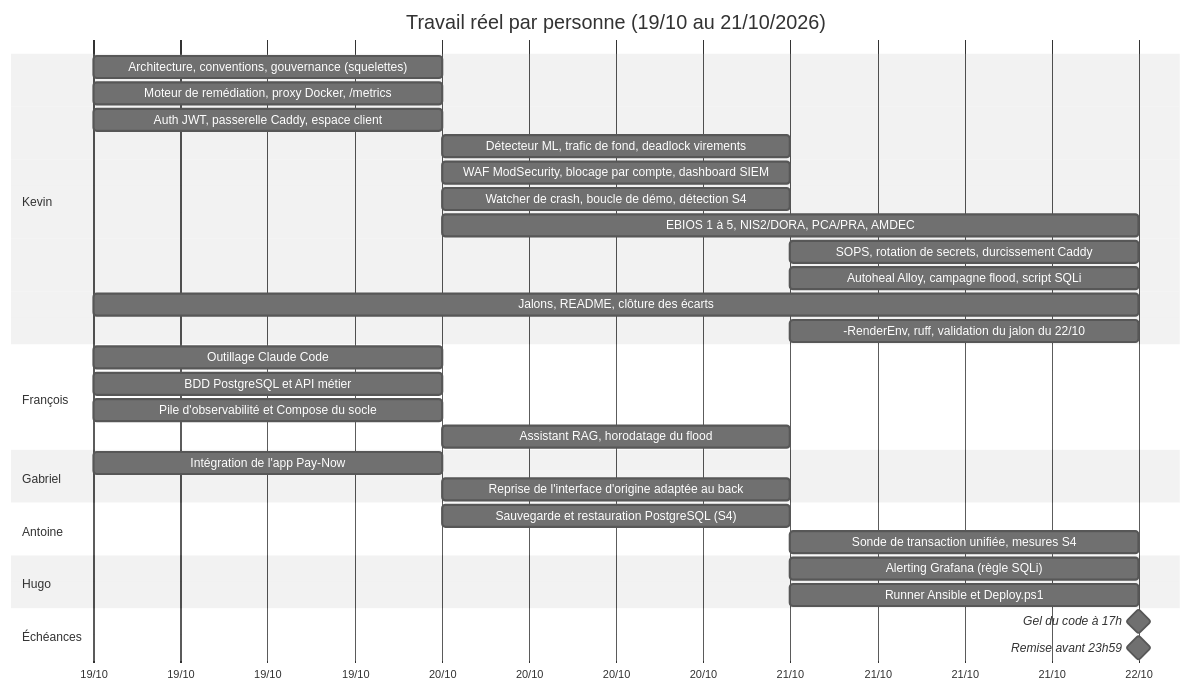
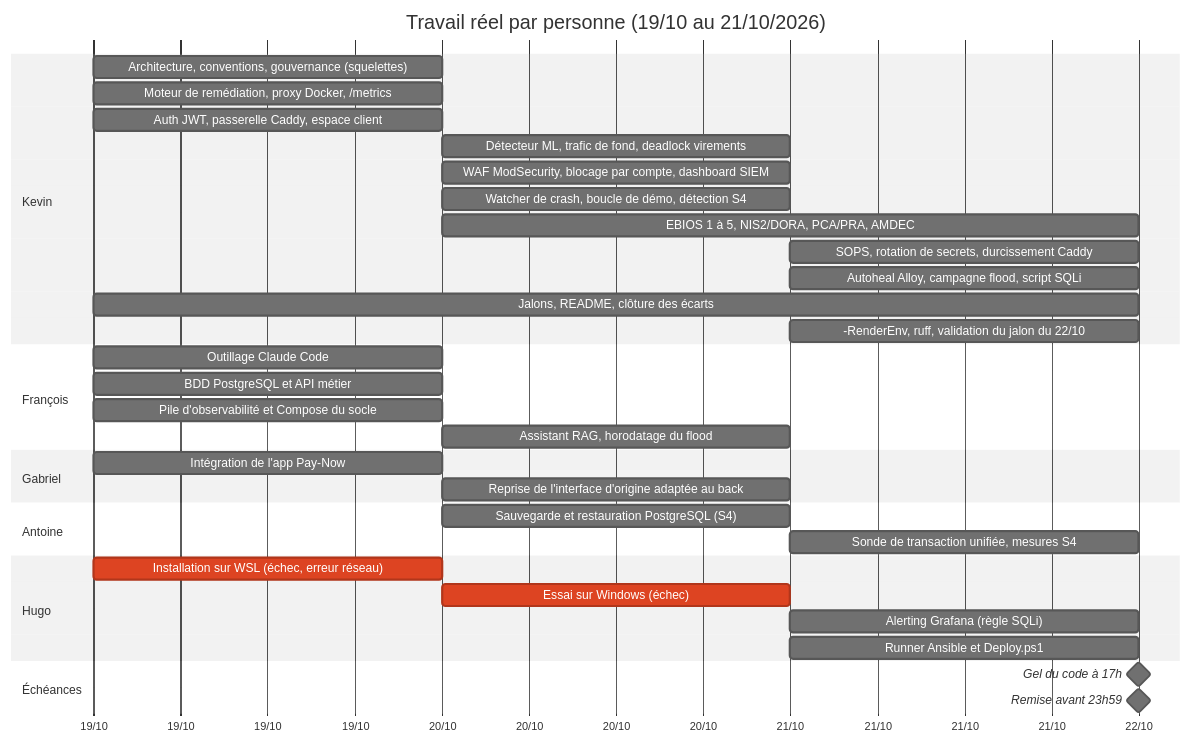
The diagram in docs/repartition-reelle.md (GabYan876/Resilience-Alpha), drawn with Mermaid (neutral theme) before and after one commit. The commit also changed other lines of this file, not shown here.

Commit message:
docs: ajouter les essais d'installation de Hugo (WSL puis Windows) à la répartition

````diff
--- a/docs/repartition-reelle.md
+++ b/docs/repartition-reelle.md
@@ -65,42 +66,44 @@
 ```mermaid
 gantt
     title Travail réel par personne (19/10 au 21/10/2026)
     dateFormat YYYY-MM-DD
     axisFormat %d/%m
     todayMarker off
 
     section Kevin
     Architecture, conventions, gouvernance (squelettes)  :k1, 2026-10-19, 1d
     Moteur de remédiation, proxy Docker, /metrics        :k2, 2026-10-19, 1d
     Auth JWT, passerelle Caddy, espace client            :k3, 2026-10-19, 1d
     Détecteur ML, trafic de fond, deadlock virements     :k4, 2026-10-20, 1d
     WAF ModSecurity, blocage par compte, dashboard SIEM  :k5, 2026-10-20, 1d
     Watcher de crash, boucle de démo, détection S4       :k6, 2026-10-20, 1d
     EBIOS 1 à 5, NIS2/DORA, PCA/PRA, AMDEC               :k7, 2026-10-20, 2d
     SOPS, rotation de secrets, durcissement Caddy        :k8, 2026-10-21, 1d
     Autoheal Alloy, campagne flood, script SQLi          :k9, 2026-10-21, 1d
     Jalons, README, clôture des écarts                   :k10, 2026-10-19, 3d
     -RenderEnv, ruff, validation du jalon du 22/10       :k11, 2026-10-21, 1d
 
     section François
     Outillage Claude Code                                :f1, 2026-10-19, 1d
     BDD PostgreSQL et API métier                         :f2, 2026-10-19, 1d
     Pile d'observabilité et Compose du socle             :f3, 2026-10-19, 1d
     Assistant RAG, horodatage du flood                   :f4, 2026-10-20, 1d
 
     section Gabriel
     Intégration de l'app Pay-Now                         :g1, 2026-10-19, 1d
     Reprise de l'interface d'origine adaptée au back     :g2, 2026-10-20, 1d
 
     section Antoine
     Sauvegarde et restauration PostgreSQL (S4)           :a1, 2026-10-20, 1d
     Sonde de transaction unifiée, mesures S4             :a2, 2026-10-21, 1d
 
     section Hugo
+    Installation sur WSL (échec, erreur réseau)          :crit, h0, 2026-10-19, 1d
+    Essai sur Windows (échec)                            :crit, h0b, 2026-10-20, 1d
     Alerting Grafana (règle SQLi)                        :h1, 2026-10-21, 1d
     Runner Ansible et Deploy.ps1                         :h2, 2026-10-21, 1d
 
     section Échéances
     Gel du code à 17h                                    :milestone, m1, 2026-10-22, 0d
     Remise avant 23h59                                   :milestone, m2, 2026-10-22, 0d
 ```
````
